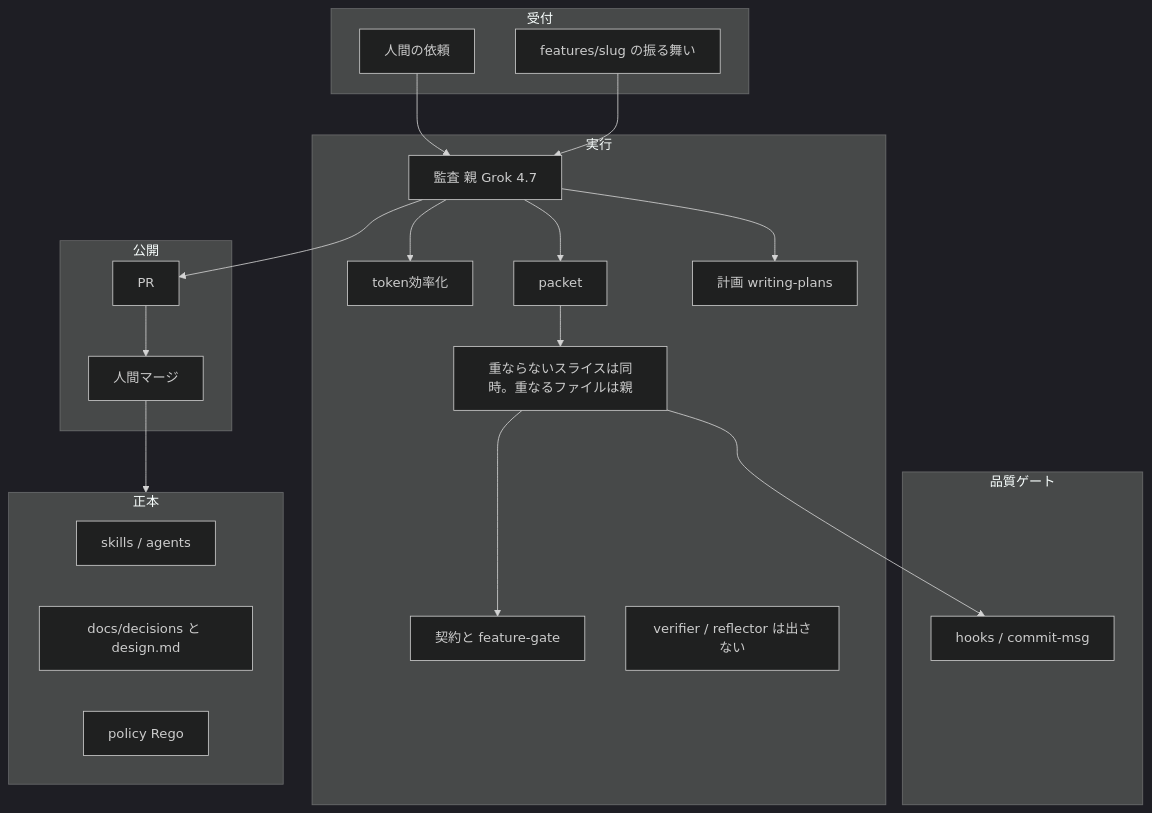
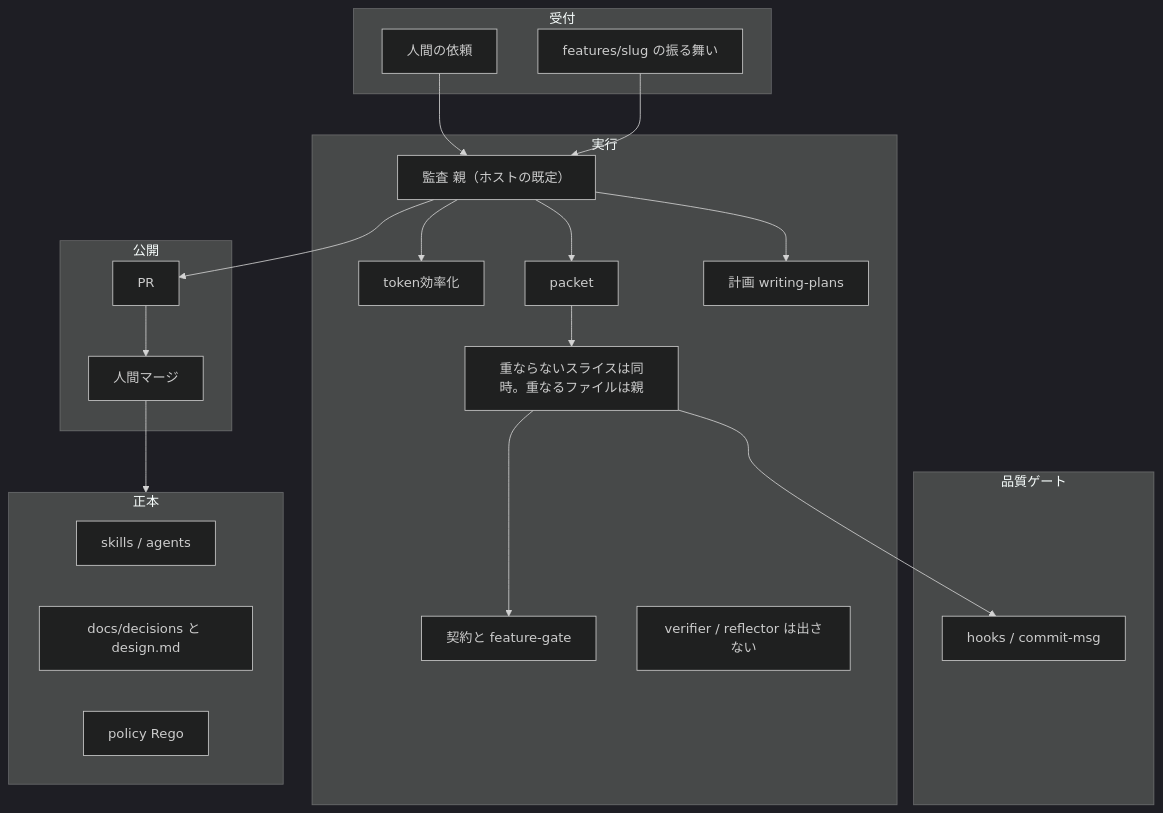
One commit to marumo333/SuiteLLM changed the diagram in docs/architecture/audit-overview.mmd. Above: the diagram before and after it, drawn with Mermaid (dark theme). The commit also changed 26 other files, not shown here.

```diff
--- a/docs/architecture/audit-overview.mmd
+++ b/docs/architecture/audit-overview.mmd
@@ -1,42 +1,42 @@
 flowchart TB
   subgraph inbound["受付"]
     H["人間の依頼"]
     BH["features/slug の振る舞い"]
   end
 
   subgraph plant["実行"]
-    P["監査 親 Grok 4.7"]
+    P["監査 親（ホストの既定）"]
     CM["token効率化"]
     PK["packet"]
     PL["計画 writing-plans"]
     IM["重ならないスライスは同時。重なるファイルは親"]
     CT["契約と feature-gate"]
     OFF["verifier / reflector は出さない"]
   end
 
   subgraph qa["品質ゲート"]
     HK["hooks / commit-msg"]
   end
 
   subgraph warehouse["正本"]
     SK["skills / agents"]
     AD["docs/decisions と design.md"]
     PO["policy Rego"]
   end
 
   subgraph ship["公開"]
     PR["PR"]
     HM["人間マージ"]
   end
 
   H --> P
   BH --> P
   P --> CM
   P --> PK
   P --> PL
   PK --> IM
   IM --> HK
   IM --> CT
   P --> PR
   PR --> HM
   HM --> warehouse
```
